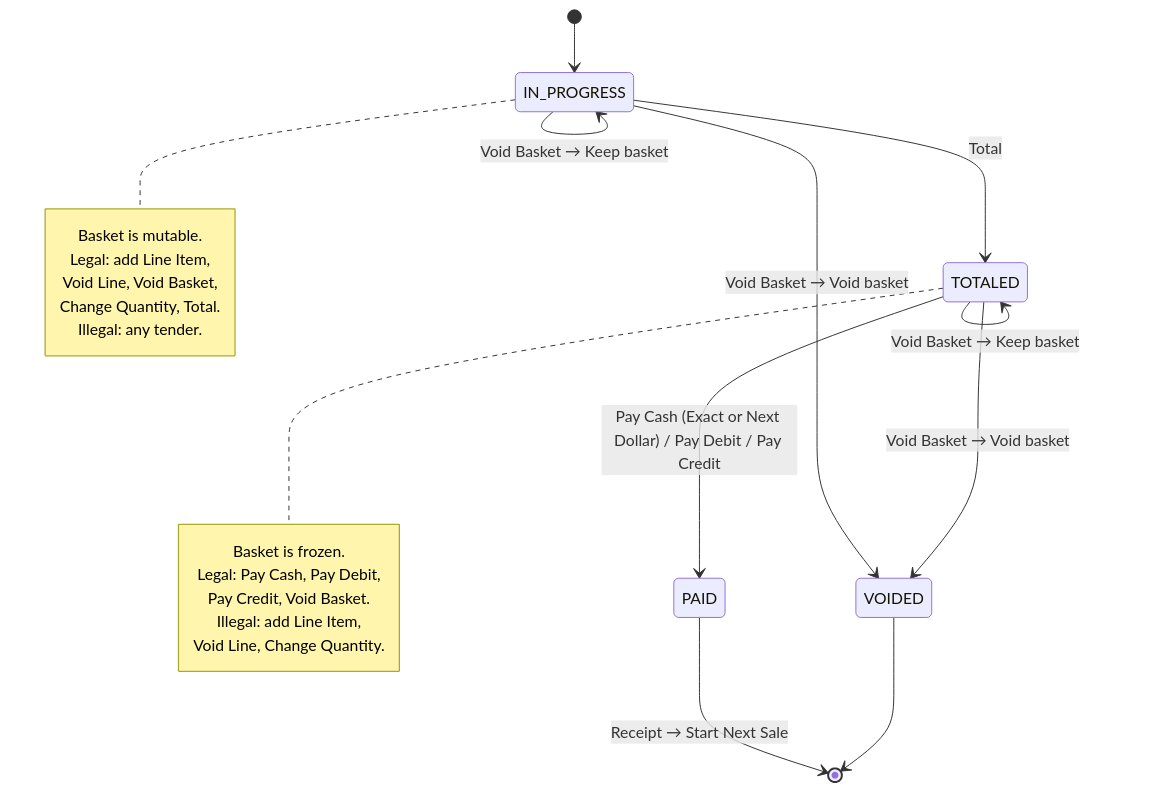
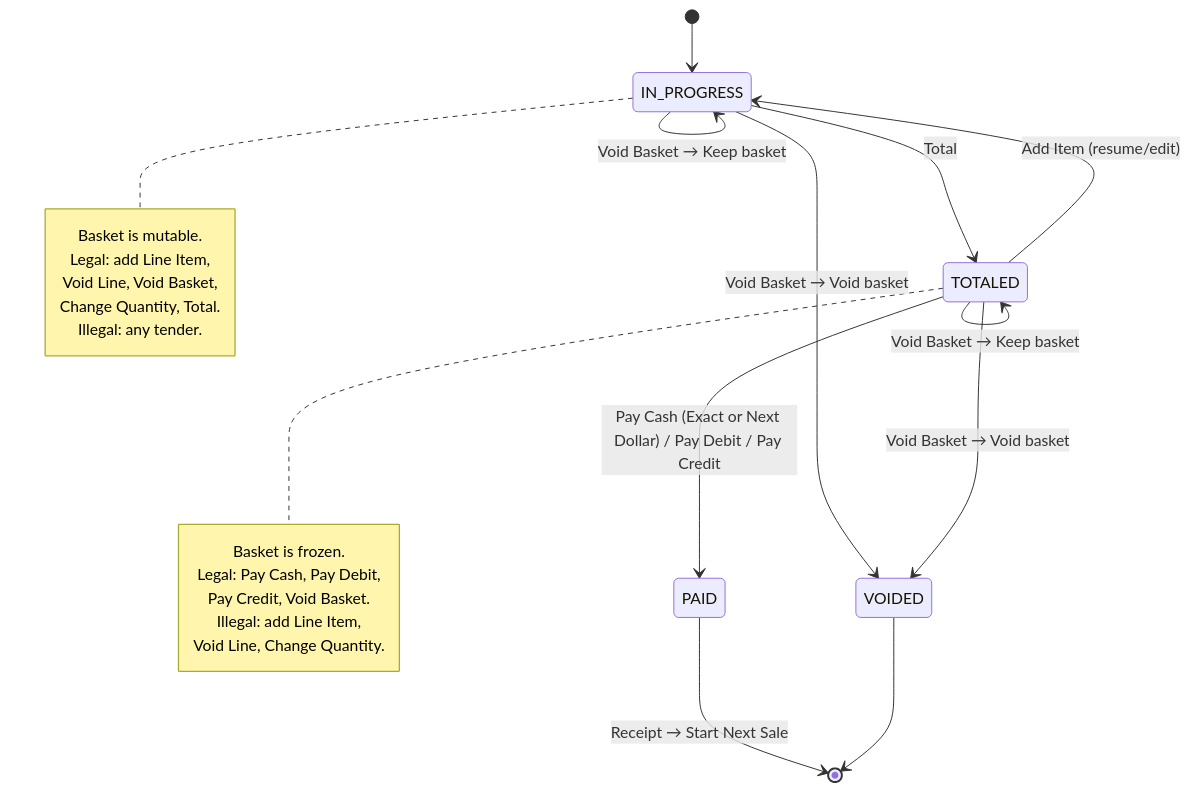
The first of 2 diagrams in docs/Phase 1/user-flow.md (rhuel-laurente-rp/rocketpartners-pos), drawn with Mermaid before and after one commit. The commit also changed other lines of this file and 87 other files, not shown here.

````diff
--- a/docs/Phase 1/user-flow.md
+++ b/docs/Phase 1/user-flow.md
@@ -9,35 +9,36 @@
 ```mermaid
 stateDiagram-v2
     [*] --> IN_PROGRESS
 
     IN_PROGRESS --> IN_PROGRESS: scan UPC / Quick Add (add Line Item)
     IN_PROGRESS --> IN_PROGRESS: Void Line
     IN_PROGRESS --> IN_PROGRESS: Change Quantity
     IN_PROGRESS --> IN_PROGRESS: Void Basket → Keep basket
     IN_PROGRESS --> VOIDED: Void Basket → Void basket
     IN_PROGRESS --> TOTALED: Total
 
     TOTALED --> TOTALED: applyDiscount
+    TOTALED --> IN_PROGRESS: Add Item (resume/edit)
     TOTALED --> TOTALED: Void Basket → Keep basket
     TOTALED --> VOIDED: Void Basket → Void basket
     TOTALED --> PAID: Pay Cash (Exact or Next Dollar) / Pay Debit / Pay Credit
 
     PAID --> [*]: Receipt → Start Next Sale
     VOIDED --> [*]
 
     note right of IN_PROGRESS
         Basket is mutable.
         Legal: add Line Item,
         Void Line, Void Basket,
         Change Quantity, Total.
         Illegal: any tender.
     end note
 
     note right of TOTALED
         Basket is frozen.
         Legal: Pay Cash, Pay Debit,
         Pay Credit, Void Basket.
         Illegal: add Line Item,
         Void Line, Change Quantity.
     end note
 ```
````
